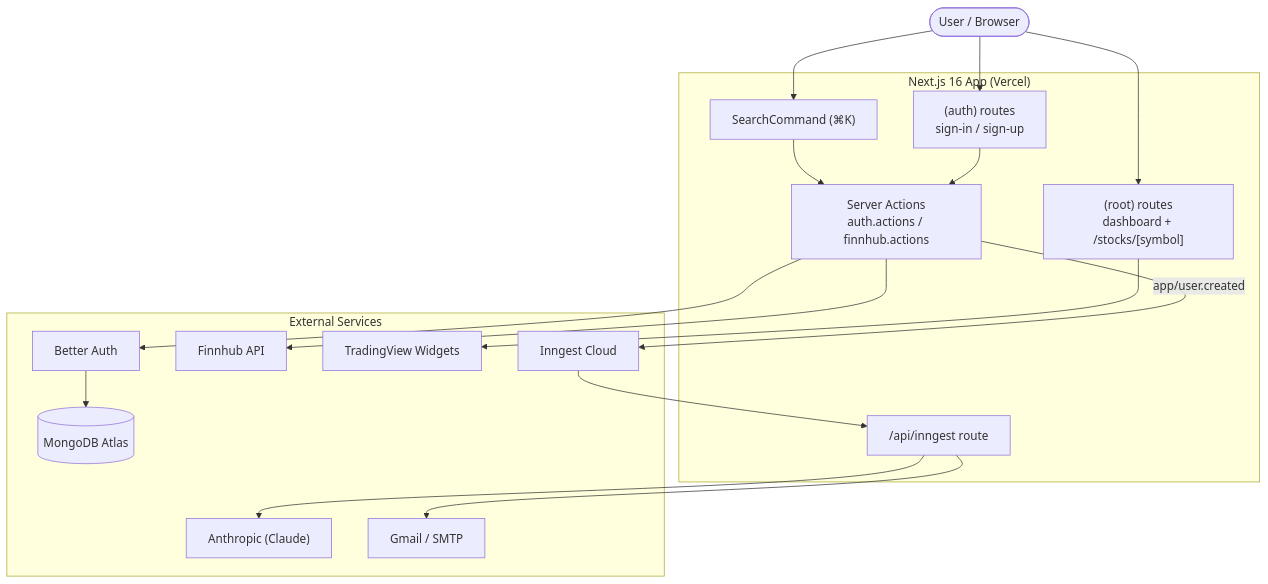
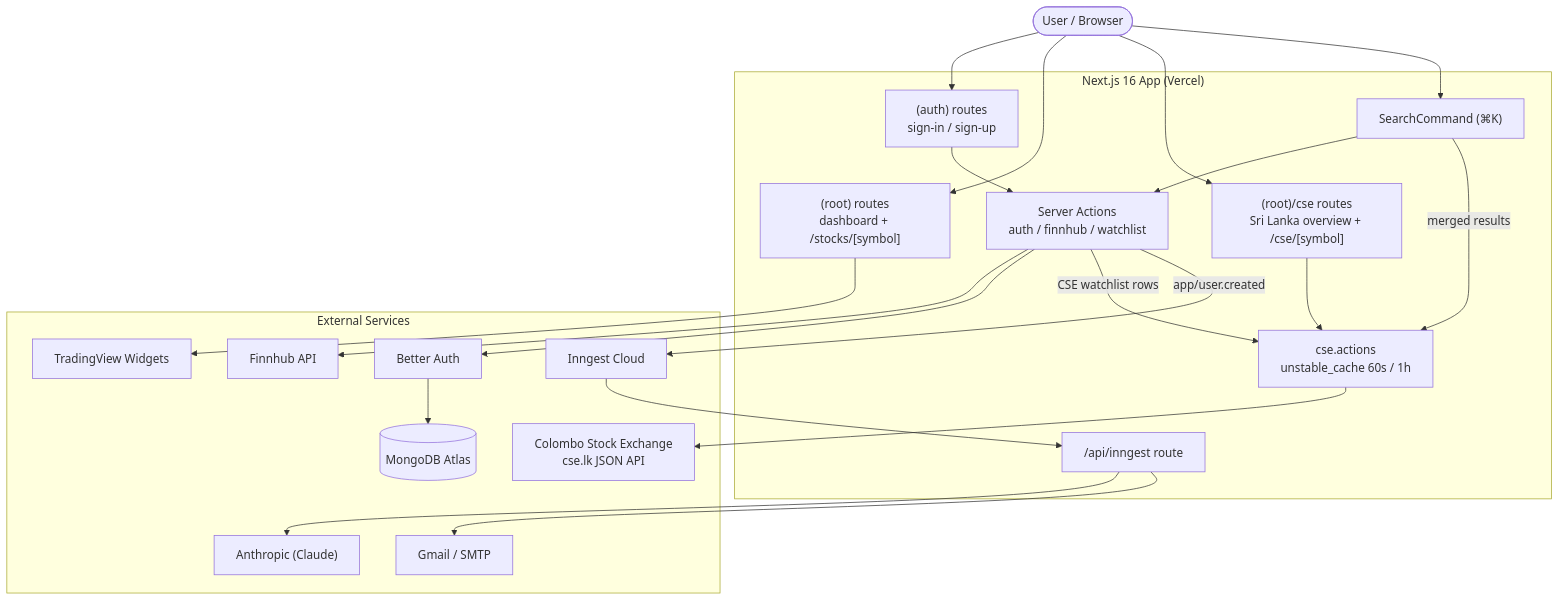
The diagram in README.md (Thinal-Fernando/StockLens), drawn with Mermaid before and after one commit. The commit also changed other lines of this file and 4 other files, not shown here.

````diff
--- a/README.md
+++ b/README.md
@@ -119,34 +141,41 @@
 ```mermaid
 flowchart TD
     User([User / Browser])
 
     subgraph Next["Next.js 16 App (Vercel)"]
         Auth["(auth) routes\nsign-in / sign-up"]
         Root["(root) routes\ndashboard + /stocks/[symbol]"]
+        Cse["(root)/cse routes\nSri Lanka overview + /cse/[symbol]"]
         Search["SearchCommand (⌘K)"]
-        Actions["Server Actions\nauth.actions / finnhub.actions"]
+        Actions["Server Actions\nauth / finnhub / watchlist"]
+        CseActions["cse.actions\nunstable_cache 60s / 1h"]
         InngestRoute["/api/inngest route"]
     end
 
     subgraph External["External Services"]
         Mongo[("MongoDB Atlas")]
         BetterAuth["Better Auth"]
         Finnhub["Finnhub API"]
+        CseApi["Colombo Stock Exchange\ncse.lk JSON API"]
         TradingView["TradingView Widgets"]
         Inngest["Inngest Cloud"]
         Anthropic["Anthropic (Claude)"]
         Gmail["Gmail / SMTP"]
     end
 
     User --> Auth
     User --> Root
+    User --> Cse
     User --> Search
     Root --> TradingView
+    Cse --> CseActions --> CseApi
     Search --> Actions --> Finnhub
+    Search -- "merged results" --> CseActions
     Auth --> Actions
     Actions --> BetterAuth --> Mongo
+    Actions -- "CSE watchlist rows" --> CseActions
     Actions -- "app/user.created" --> Inngest
     Inngest --> InngestRoute
     InngestRoute --> Anthropic
     InngestRoute --> Gmail
 ```
````
